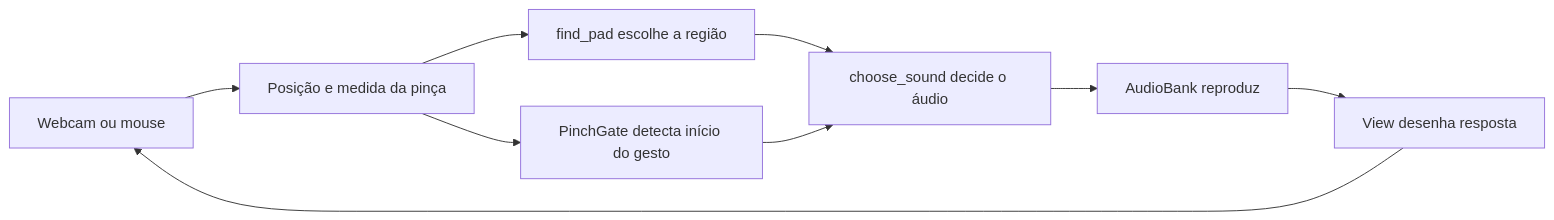
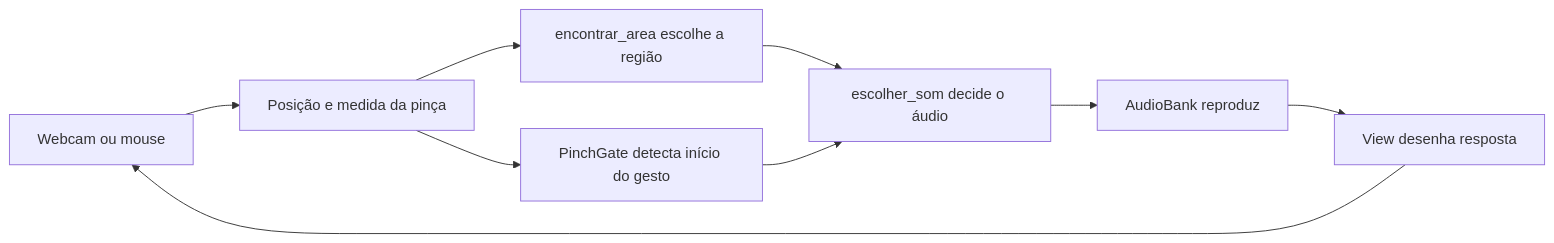
The first of 2 diagrams in docs/CODE_WALKTHROUGH.md (YuryOAraujo/computer-vision-air-band), drawn with Mermaid before and after one commit. The commit also changed other lines of this file and 21 other files, not shown here.

````diff
--- a/docs/CODE_WALKTHROUGH.md
+++ b/docs/CODE_WALKTHROUGH.md
@@ -21,11 +25,11 @@
 ```mermaid
 flowchart LR
     A[Webcam ou mouse] --> B[Posição e medida da pinça]
-    B --> C[find_pad escolhe a região]
+    B --> C[encontrar_area escolhe a região]
     B --> D[PinchGate detecta início do gesto]
-    C --> E[choose_sound decide o áudio]
+    C --> E[escolher_som decide o áudio]
     D --> E
     E --> F[AudioBank reproduz]
     F --> G[View desenha resposta]
     G --> A
 ```
````
